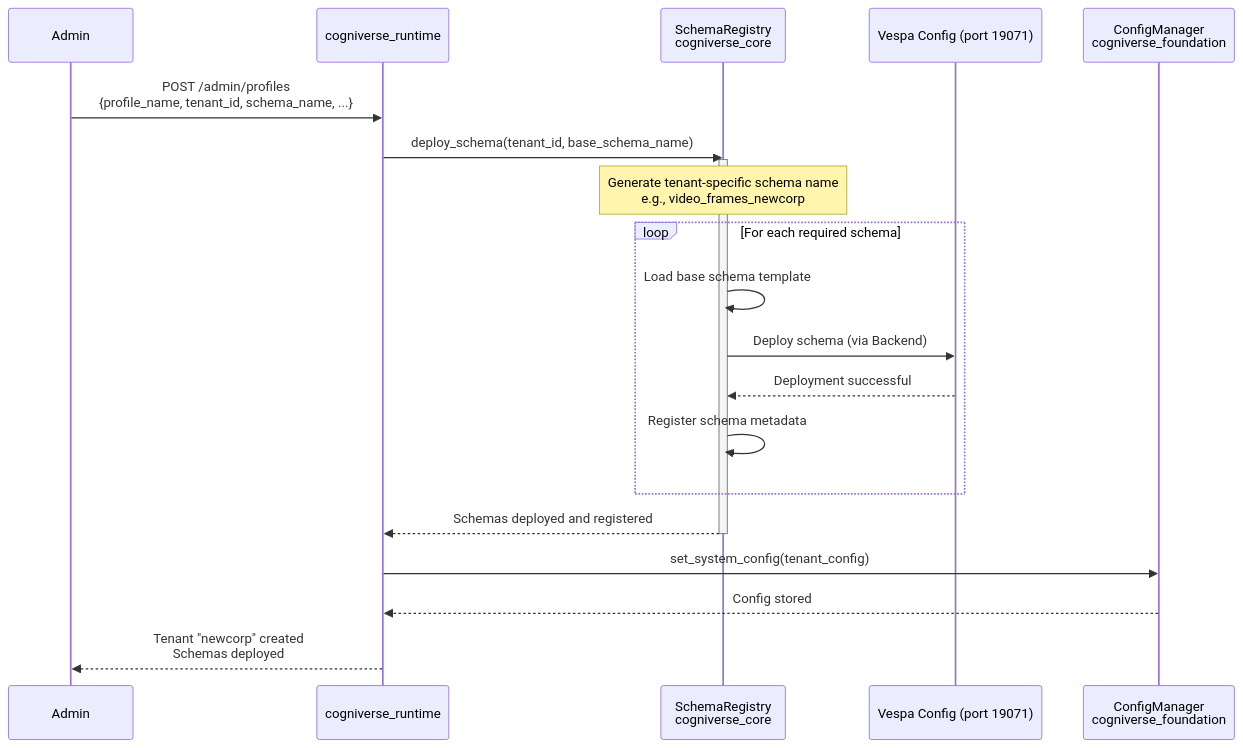
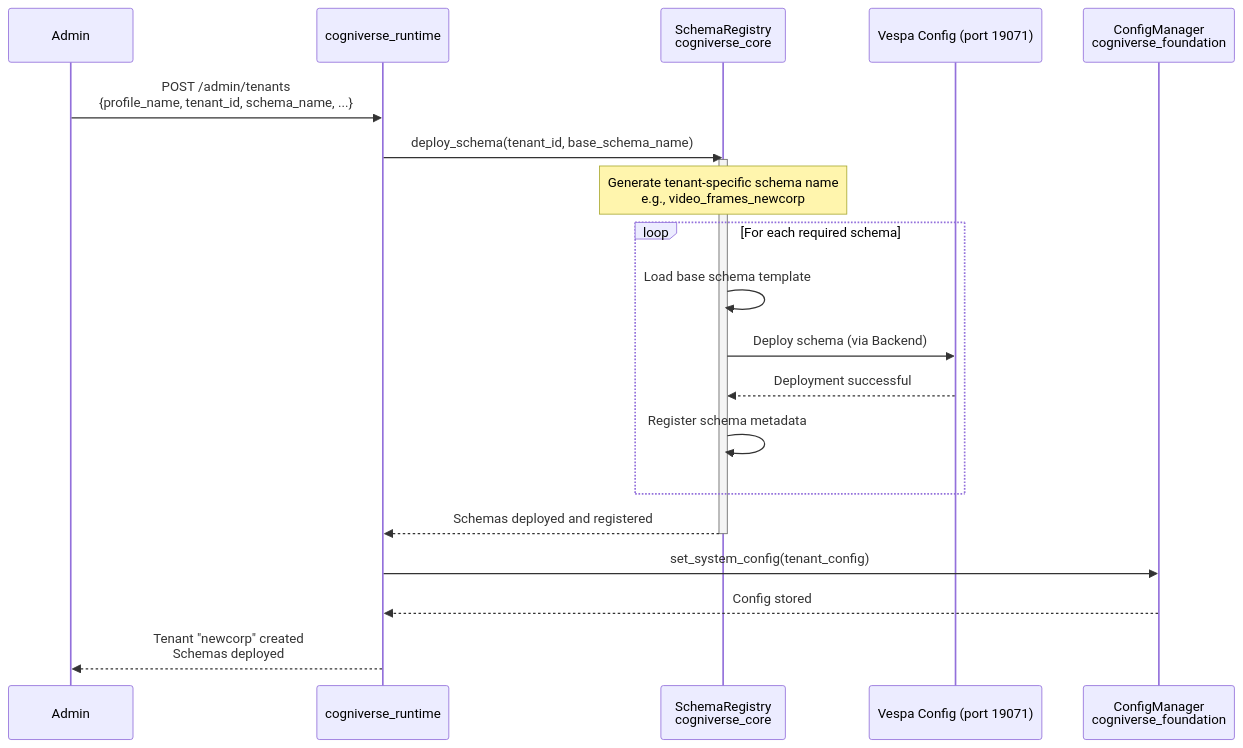
Before and after one commit to amit-jain/cogniverse: the eighth of 24 diagrams in docs/architecture/system-flows.md, drawn with Mermaid. The commit also changed other lines of this file and 30 other files, not shown here.

````diff
--- a/docs/architecture/system-flows.md
+++ b/docs/architecture/system-flows.md
@@ -323,30 +323,30 @@
 ```mermaid
 sequenceDiagram
     participant Admin
     participant Runtime as cogniverse_runtime
     participant SchemaReg as SchemaRegistry<br/>cogniverse_core
     participant Vespa as Vespa Config (port 19071)
     participant ConfigMgr as ConfigManager<br/>cogniverse_foundation
 
-    Admin->>Runtime: POST /admin/profiles<br/>{profile_name, tenant_id, schema_name, ...}
+    Admin->>Runtime: POST /admin/tenants<br/>{profile_name, tenant_id, schema_name, ...}
 
     Runtime->>SchemaReg: deploy_schema(tenant_id, base_schema_name)
 
     activate SchemaReg
     Note over SchemaReg: Generate tenant-specific schema name<br/>e.g., video_frames_newcorp
 
     loop For each required schema
         SchemaReg->>SchemaReg: Load base schema template
         SchemaReg->>Vespa: Deploy schema (via Backend)
         Vespa-->>SchemaReg: Deployment successful
         SchemaReg->>SchemaReg: Register schema metadata
     end
 
     SchemaReg-->>Runtime: Schemas deployed and registered
     deactivate SchemaReg
 
     Runtime->>ConfigMgr: set_system_config(tenant_config)
     ConfigMgr-->>Runtime: Config stored
 
     Runtime-->>Admin: Tenant "newcorp" created<br/>Schemas deployed
 ```
````
